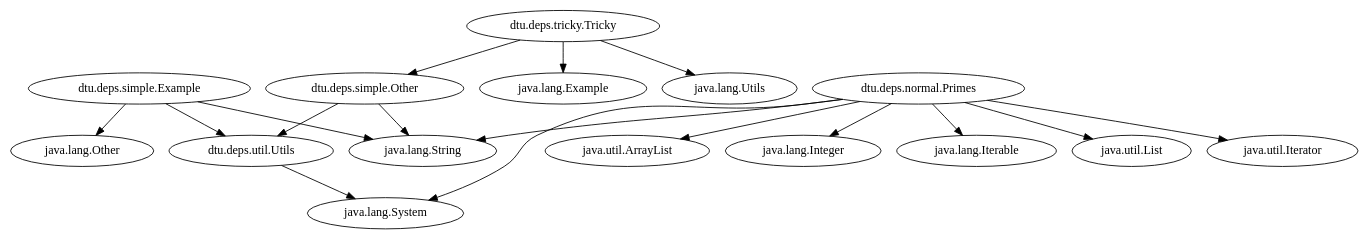
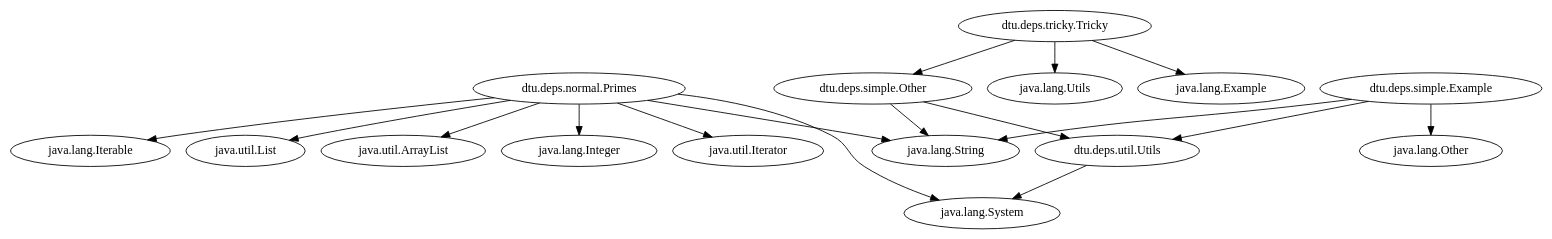
One commit to gtheodoridis/Program_Analysis_G4 changed the diagram in assignment-01/dependencies.gv. Above: the diagram before and after it, drawn with Graphviz. The commit also changed 2 other files, not shown here.

Commit message:
Remove standalone nodes in graphs

```diff
--- a/assignment-01/dependencies.gv
+++ b/assignment-01/dependencies.gv
@@ -1,24 +1,19 @@
 // Dependencies
 digraph {
-	"dtu.deps.simple.Other"
+	"dtu.deps.normal.Primes" -> "java.util.ArrayList"
+	"dtu.deps.normal.Primes" -> "java.lang.Integer"
+	"dtu.deps.normal.Primes" -> "java.lang.System"
+	"dtu.deps.normal.Primes" -> "java.util.Iterator"
+	"dtu.deps.normal.Primes" -> "java.lang.Iterable"
+	"dtu.deps.normal.Primes" -> "java.lang.String"
+	"dtu.deps.normal.Primes" -> "java.util.List"
+	"dtu.deps.simple.Example" -> "dtu.deps.util.Utils"
+	"dtu.deps.simple.Example" -> "java.lang.Other"
+	"dtu.deps.simple.Example" -> "java.lang.String"
 	"dtu.deps.simple.Other" -> "dtu.deps.util.Utils"
 	"dtu.deps.simple.Other" -> "java.lang.String"
-	"dtu.deps.simple.Example"
-	"dtu.deps.simple.Example" -> "java.lang.Other"
-	"dtu.deps.simple.Example" -> "dtu.deps.util.Utils"
-	"dtu.deps.simple.Example" -> "java.lang.String"
-	"dtu.deps.util.Utils"
-	"dtu.deps.util.Utils" -> "java.lang.System"
-	"dtu.deps.normal.Primes"
-	"dtu.deps.normal.Primes" -> "java.lang.Iterable"
-	"dtu.deps.normal.Primes" -> "java.lang.System"
-	"dtu.deps.normal.Primes" -> "java.util.List"
-	"dtu.deps.normal.Primes" -> "java.util.Iterator"
-	"dtu.deps.normal.Primes" -> "java.util.ArrayList"
-	"dtu.deps.normal.Primes" -> "java.lang.Integer"
-	"dtu.deps.normal.Primes" -> "java.lang.String"
-	"dtu.deps.tricky.Tricky"
+	"dtu.deps.tricky.Tricky" -> "java.lang.Utils"
 	"dtu.deps.tricky.Tricky" -> "dtu.deps.simple.Other"
 	"dtu.deps.tricky.Tricky" -> "java.lang.Example"
-	"dtu.deps.tricky.Tricky" -> "java.lang.Utils"
+	"dtu.deps.util.Utils" -> "java.lang.System"
 }
```
